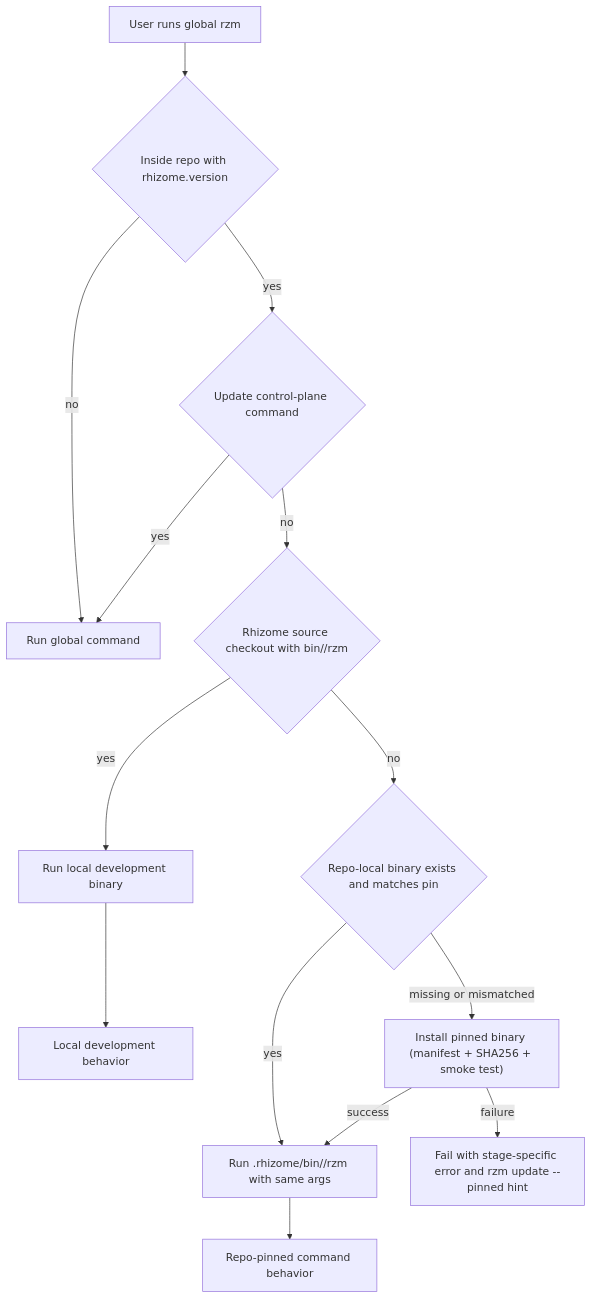
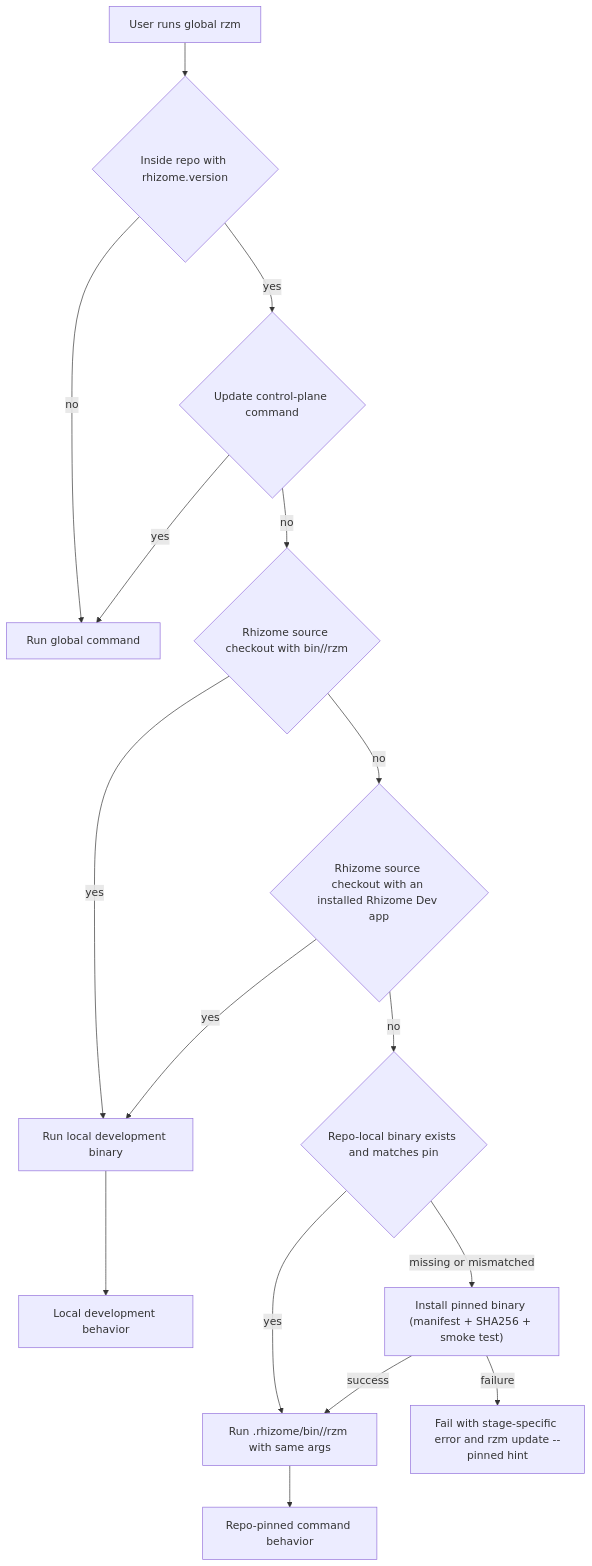
Before and after one commit to atomicobject/rhizome: the first of 5 diagrams in docs/specs/technical/version-pinned-install-and-update.md, drawn with Mermaid. The commit also changed other lines of this file and 20 other files, not shown here.

First line of the commit message:
fix(desktop): let Rhizome Dev run its own rzm

````diff
--- a/docs/specs/technical/version-pinned-install-and-update.md
+++ b/docs/specs/technical/version-pinned-install-and-update.md
@@ -113,16 +113,18 @@
 ```mermaid
 flowchart TD
   A["User runs global rzm"] --> B{"Inside repo with rhizome.version"}
   B -->|no| C["Run global command"]
   B -->|yes| D{"Update control-plane command"}
   D -->|yes| C
   D -->|no| E{"Rhizome source checkout with bin/<goos>/rzm"}
   E -->|yes| F["Run local development binary"]
-  E -->|no| G{"Repo-local binary exists and matches pin"}
+  E -->|no| M{"Rhizome source checkout with an installed Rhizome Dev app"}
+  M -->|yes| F
+  M -->|no| G{"Repo-local binary exists and matches pin"}
   G -->|yes| H["Run .rhizome/bin/<platform>/rzm with same args"]
   G -->|missing or mismatched| I["Install pinned binary (manifest + SHA256 + smoke test)"]
   I -->|success| H
   I -->|failure| L["Fail with stage-specific error and rzm update --pinned hint"]
   F --> J["Local development behavior"]
   H --> K["Repo-pinned command behavior"]
 ```
````
